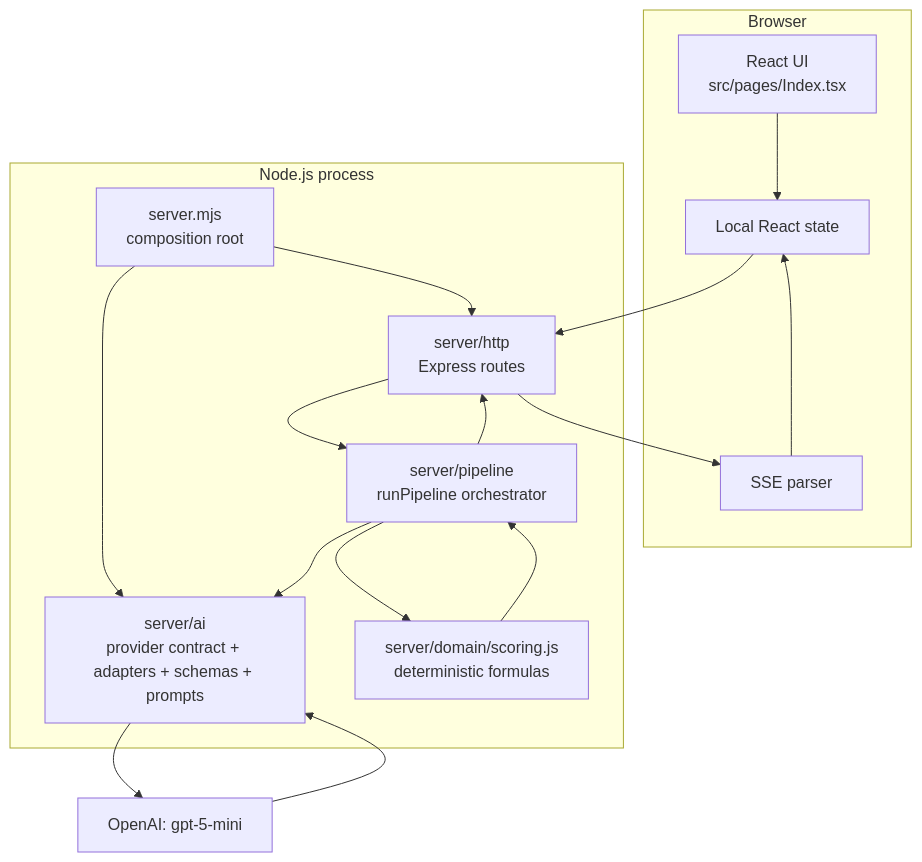
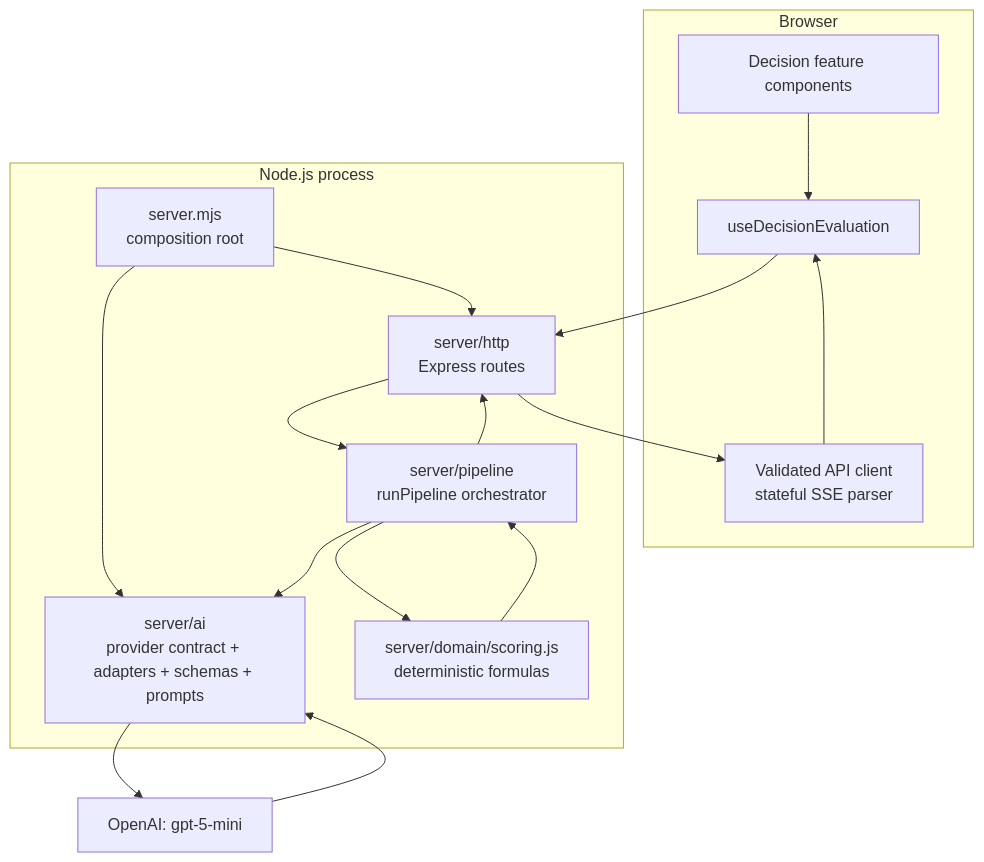
The diagram in docs/architecture/CURRENT_ARCHITECTURE.md (abdo2006-dev/ScenarioRank-AI), drawn with Mermaid before and after one commit. The commit also changed other lines of this file and 76 other files, not shown here.

````diff
--- a/docs/architecture/CURRENT_ARCHITECTURE.md
+++ b/docs/architecture/CURRENT_ARCHITECTURE.md
@@ -16,32 +16,32 @@
 ```mermaid
 flowchart TB
     subgraph Browser
-        UI[React UI\nsrc/pages/Index.tsx]
-        STATE[Local React state]
-        SSE[SSE parser]
+        UI[Decision feature components]
+        STATE[useDecisionEvaluation]
+        SSE[Validated API client\nstateful SSE parser]
     end
 
     subgraph Backend[Node.js process]
         ENTRY[server.mjs\ncomposition root]
         HTTP[server/http\nExpress routes]
         PIPE[server/pipeline\nrunPipeline orchestrator]
         AI[server/ai\nprovider contract + adapters + schemas + prompts]
         MATH[server/domain/scoring.js\ndeterministic formulas]
     end
 
     PROVIDER[OpenAI: gpt-5-mini]
 
     UI --> STATE
     STATE --> HTTP
     ENTRY --> HTTP
     ENTRY --> AI
     HTTP --> PIPE
     PIPE --> AI
     AI --> PROVIDER
     PROVIDER --> AI
     PIPE --> MATH
     MATH --> PIPE
     PIPE --> HTTP
     HTTP --> SSE
     SSE --> STATE
 ```
````
